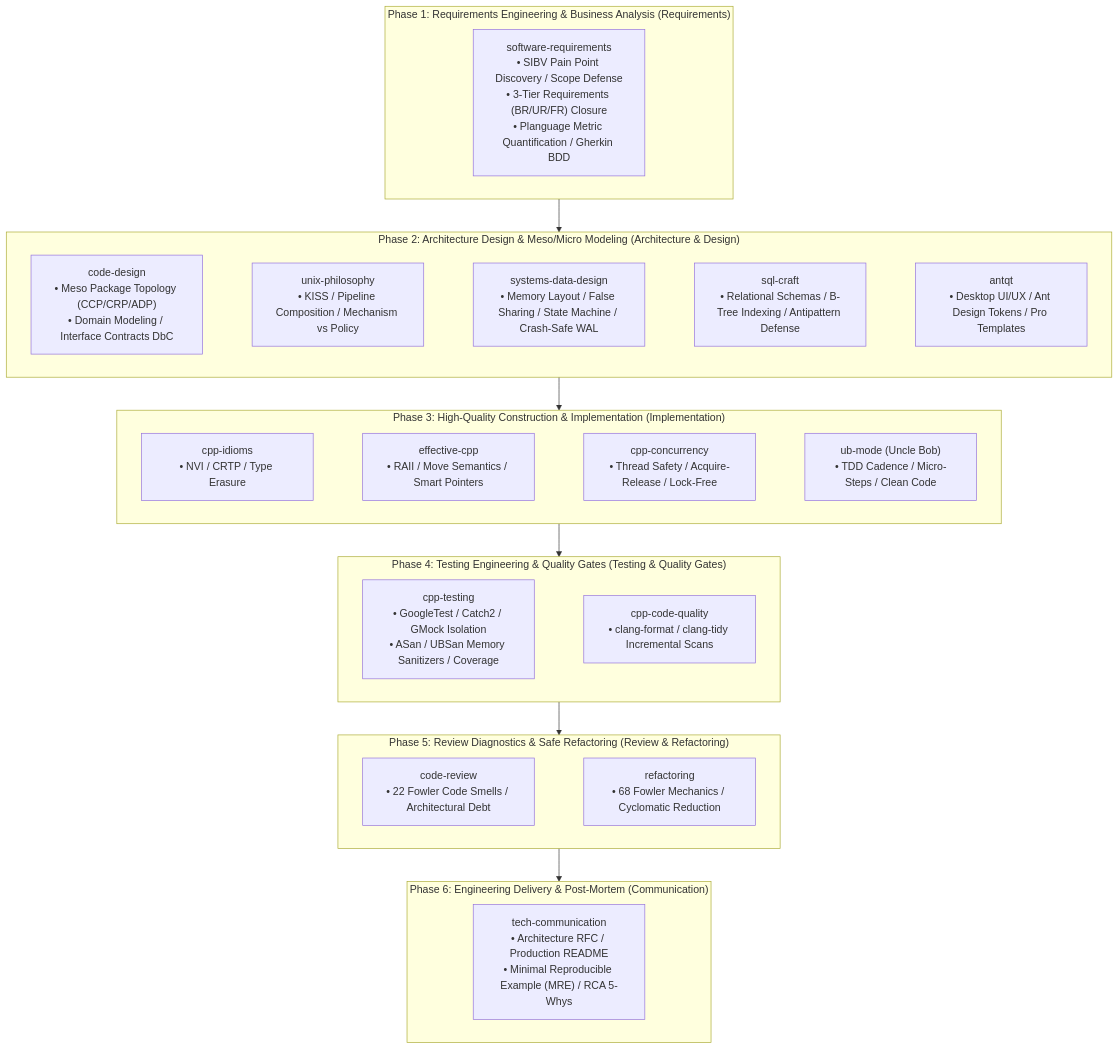
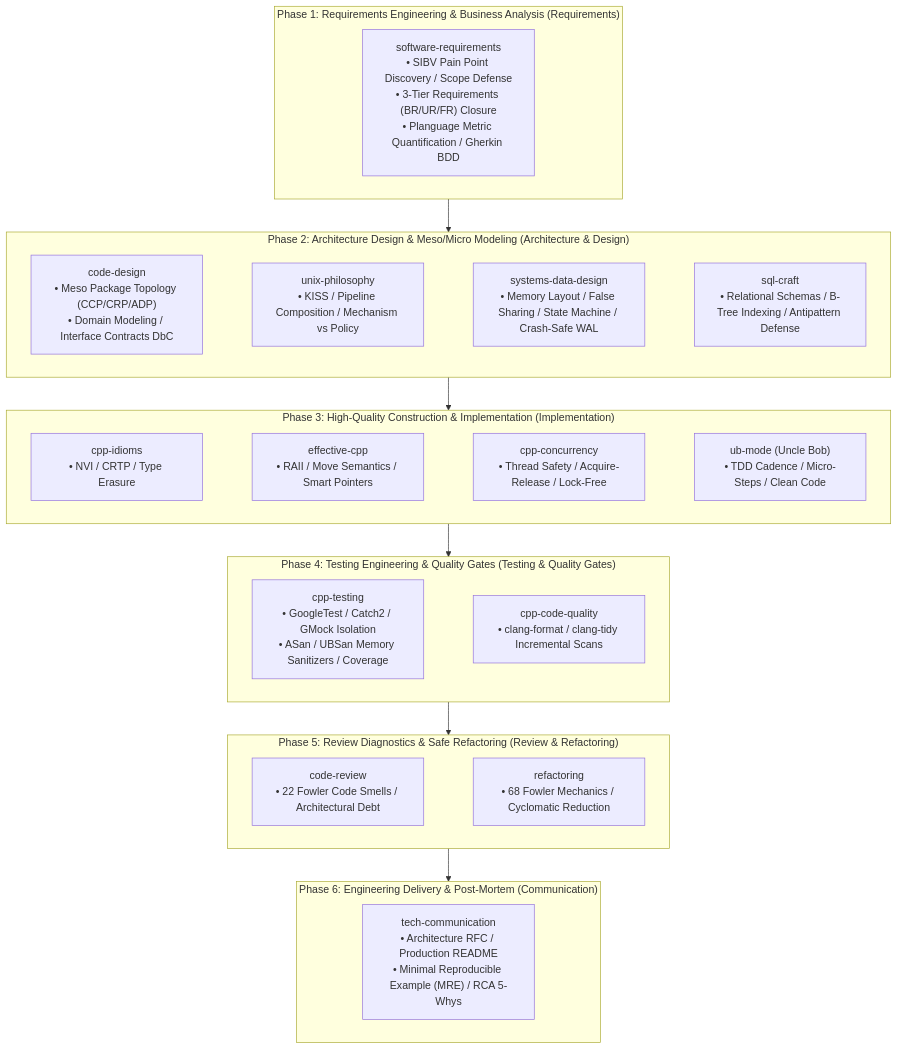
One commit to lilucpp/code-craft changed the second of 2 diagrams in README_EN.md. Above: the diagram before and after it, drawn with Mermaid. The commit also changed other lines of this file and 46 other files, not shown here.

````diff
--- a/README_EN.md
+++ b/README_EN.md
@@ -74,51 +71,50 @@
 ```mermaid
 flowchart TD
     subgraph S1 ["Phase 1: Requirements Engineering & Business Analysis (Requirements)"]
         direction LR
         REQ["software-requirements<br>• SIBV Pain Point Discovery / Scope Defense<br>• 3-Tier Requirements (BR/UR/FR) Closure<br>• Planguage Metric Quantification / Gherkin BDD"]
     end
 
     subgraph S2 ["Phase 2: Architecture Design & Meso/Micro Modeling (Architecture & Design)"]
         direction LR
         DIR["code-design<br>• Meso Package Topology (CCP/CRP/ADP)<br>• Domain Modeling / Interface Contracts DbC"]
         UNIX["unix-philosophy<br>• KISS / Pipeline Composition / Mechanism vs Policy"]
         DATA["systems-data-design<br>• Memory Layout / False Sharing / State Machine / Crash-Safe WAL"]
         SQL["sql-craft<br>• Relational Schemas / B-Tree Indexing / Antipattern Defense"]
-        UI["antqt<br>• Desktop UI/UX / Ant Design Tokens / Pro Templates"]
-        DIR ~~~ UNIX ~~~ DATA ~~~ SQL ~~~ UI
+        DIR ~~~ UNIX ~~~ DATA ~~~ SQL
     end
 
     subgraph S3 ["Phase 3: High-Quality Construction & Implementation (Implementation)"]
         direction LR
         CPP_IDIOM["cpp-idioms<br>• NVI / CRTP / Type Erasure"]
         EFF_CPP["effective-cpp<br>• RAII / Move Semantics / Smart Pointers"]
         CONCURRENCY["cpp-concurrency<br>• Thread Safety / Acquire-Release / Lock-Free"]
         UB["ub-mode (Uncle Bob)<br>• TDD Cadence / Micro-Steps / Clean Code"]
         CPP_IDIOM ~~~ EFF_CPP ~~~ CONCURRENCY ~~~ UB
     end
 
     subgraph S4 ["Phase 4: Testing Engineering & Quality Gates (Testing & Quality Gates)"]
         direction LR
         TEST["cpp-testing<br>• GoogleTest / Catch2 / GMock Isolation<br>• ASan / UBSan Memory Sanitizers / Coverage"]
         QUALITY["cpp-code-quality<br>• clang-format / clang-tidy Incremental Scans"]
         TEST ~~~ QUALITY
     end
 
     subgraph S5 ["Phase 5: Review Diagnostics & Safe Refactoring (Review & Refactoring)"]
         direction LR
         REVIEW["code-review<br>• 22 Fowler Code Smells / Architectural Debt"]
         REFACTOR["refactoring<br>• 68 Fowler Mechanics / Cyclomatic Reduction"]
         REVIEW ~~~ REFACTOR
     end
 
     subgraph S6 ["Phase 6: Engineering Delivery & Post-Mortem (Communication)"]
         direction LR
         COMM["tech-communication<br>• Architecture RFC / Production README<br>• Minimal Reproducible Example (MRE) / RCA 5-Whys"]
     end
 
     S1 --> S2
     S2 --> S3
     S3 --> S4
     S4 --> S5
     S5 --> S6
 ```
````
